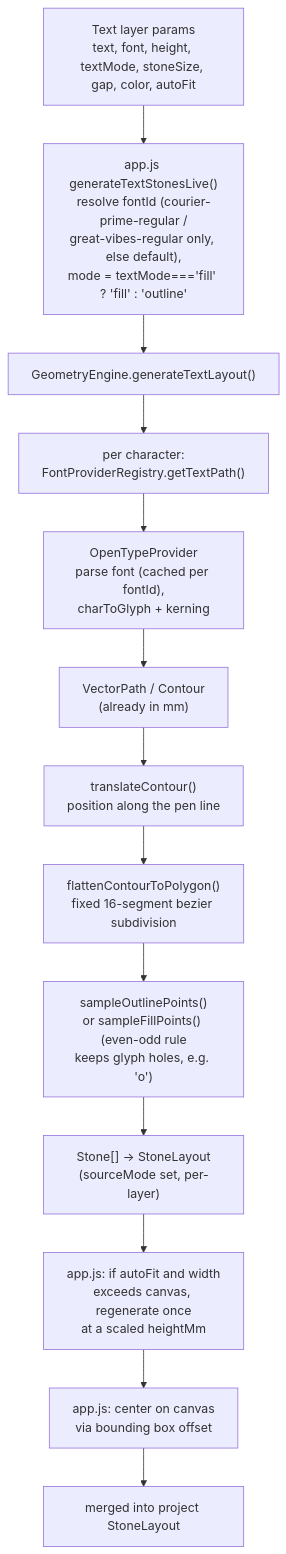
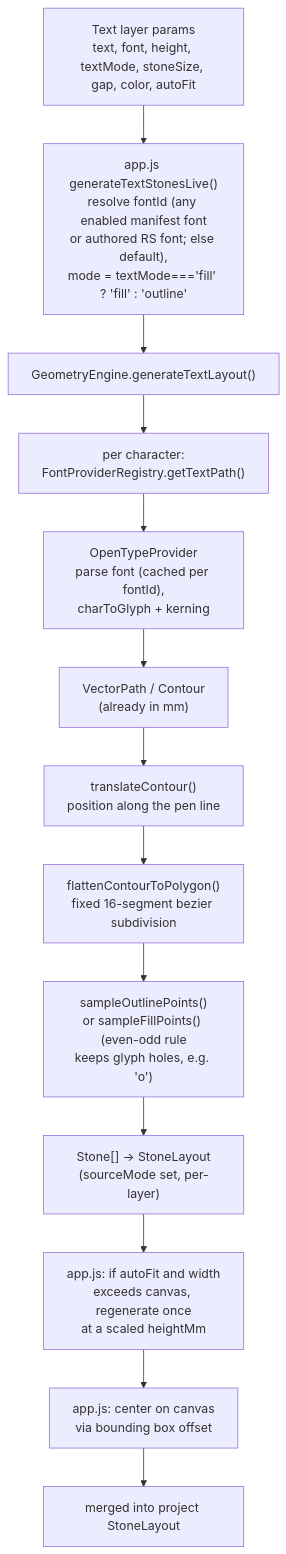
The third of 6 diagrams in docs/ARCHITECTURE.md (alexdruk/Rhinestone-Studio), drawn with Mermaid before and after one commit. The commit also changed other lines of this file and 28 other files, not shown here.

````diff
--- a/docs/ARCHITECTURE.md
+++ b/docs/ARCHITECTURE.md
@@ -833,20 +833,20 @@
 ```mermaid
 flowchart TD
     Layer["Text layer params\ntext, font, height, textMode, stoneSize, gap, color, autoFit"]
-    Resolve["app.js generateTextStonesLive()\nresolve fontId (courier-prime-regular /\ngreat-vibes-regular only, else default),\nmode = textMode==='fill' ? 'fill' : 'outline'"]
+    Resolve["app.js generateTextStonesLive()\nresolve fontId (any enabled manifest font\nor authored RS font; else default),\nmode = textMode==='fill' ? 'fill' : 'outline'"]
     PermGen["GeometryEngine.generateTextLayout()"]
     PerChar["per character:\nFontProviderRegistry.getTextPath()"]
     OTP["OpenTypeProvider\nparse font (cached per fontId),\ncharToGlyph + kerning"]
     VP["VectorPath / Contour\n(already in mm)"]
     Translate["translateContour()\nposition along the pen line"]
     Flatten["flattenContourToPolygon()\nfixed 16-segment bezier subdivision"]
     Sample["sampleOutlinePoints()\nor sampleFillPoints() (even-odd rule\nkeeps glyph holes, e.g. 'o')"]
     Stones["Stone[] -> StoneLayout\n(sourceMode set, per-layer)"]
     AutoFit["app.js: if autoFit and width\nexceeds canvas, regenerate once\nat a scaled heightMm"]
     Center["app.js: center on canvas\nvia bounding box offset"]
     Merge["merged into project StoneLayout"]
 
     Layer --> Resolve --> PermGen
     PermGen --> PerChar --> OTP --> VP --> Translate --> Flatten --> Sample --> Stones
     Stones --> AutoFit --> Center --> Merge
 ```
````
